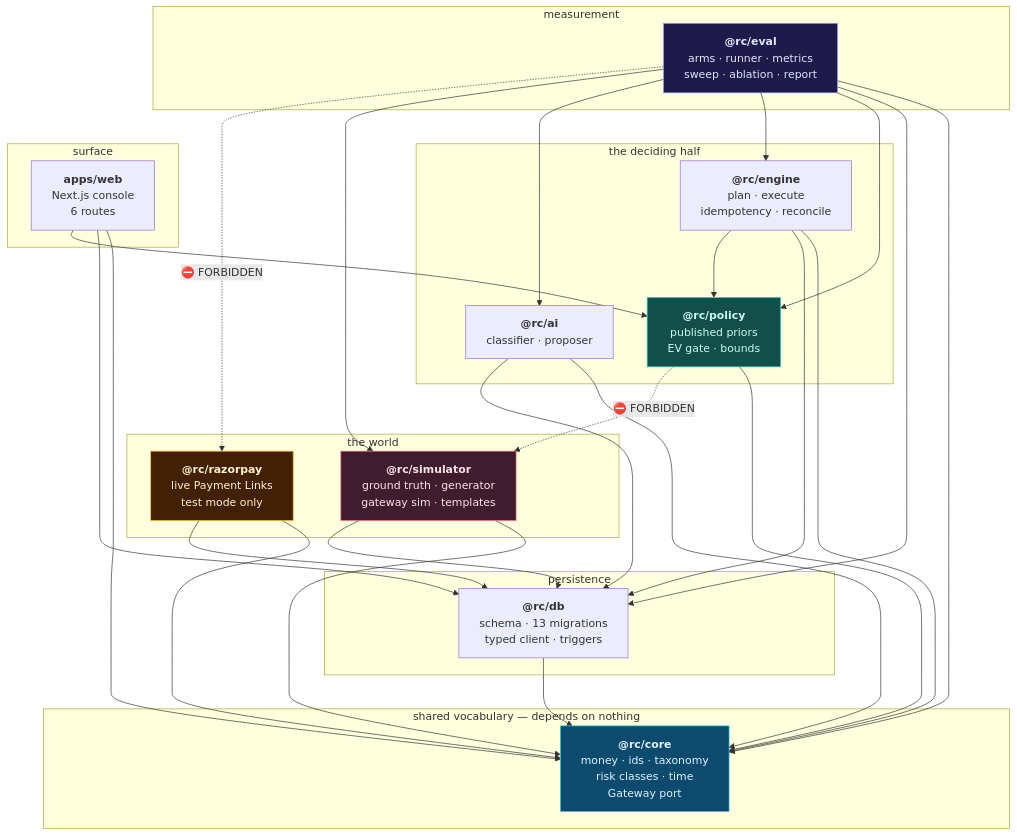
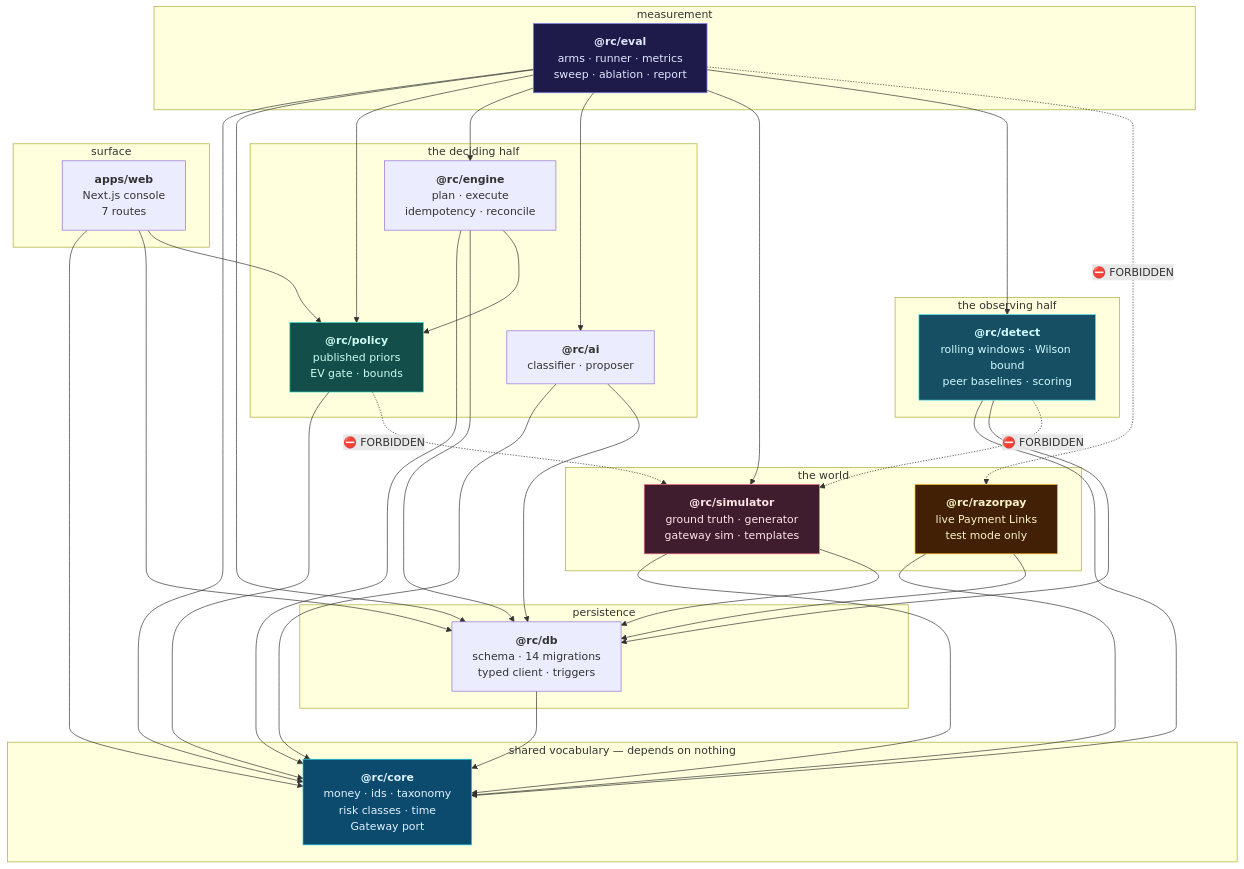
Before and after one commit to Ankit27-09/Wapsi: the second of 15 diagrams in ARCHITECTURE.md, drawn with Mermaid. The commit also changed other lines of this file and 2 other files, not shown here.

````diff
--- a/ARCHITECTURE.md
+++ b/ARCHITECTURE.md
@@ -74,47 +114,54 @@
 ```mermaid
 flowchart TD
     subgraph shared["shared vocabulary — depends on nothing"]
         CORE["<b>@rc/core</b><br/>money · ids · taxonomy<br/>risk classes · time<br/>Gateway port"]
     end
 
     subgraph persistence["persistence"]
-        DB["<b>@rc/db</b><br/>schema · 13 migrations<br/>typed client · triggers"]
+        DB["<b>@rc/db</b><br/>schema · 14 migrations<br/>typed client · triggers"]
+    end
+
+    subgraph observe["the observing half"]
+        DETECT["<b>@rc/detect</b><br/>rolling windows · Wilson bound<br/>peer baselines · scoring"]
     end
 
     subgraph decide["the deciding half"]
         POLICY["<b>@rc/policy</b><br/>published priors<br/>EV gate · bounds"]
         ENGINE["<b>@rc/engine</b><br/>plan · execute<br/>idempotency · reconcile"]
         AI["<b>@rc/ai</b><br/>classifier · proposer"]
     end
 
     subgraph world["the world"]
         SIM["<b>@rc/simulator</b><br/>ground truth · generator<br/>gateway sim · templates"]
         RZP["<b>@rc/razorpay</b><br/>live Payment Links<br/>test mode only"]
     end
 
     subgraph measure["measurement"]
         EVAL["<b>@rc/eval</b><br/>arms · runner · metrics<br/>sweep · ablation · report"]
     end
 
     subgraph surface["surface"]
-        WEB["<b>apps/web</b><br/>Next.js console<br/>6 routes"]
+        WEB["<b>apps/web</b><br/>Next.js console<br/>7 routes"]
     end
 
     DB --> CORE
     POLICY --> CORE
     AI --> CORE & DB
     SIM --> CORE & DB
     RZP --> CORE & DB
+    DETECT --> CORE & DB
     ENGINE --> CORE & DB & POLICY
-    EVAL --> CORE & DB & POLICY & ENGINE & AI & SIM
+    EVAL --> CORE & DB & POLICY & ENGINE & AI & SIM & DETECT
     WEB --> CORE & DB & POLICY
 
     POLICY -.->|"⛔ FORBIDDEN"| SIM
+    DETECT -.->|"⛔ FORBIDDEN"| SIM
     EVAL -.->|"⛔ FORBIDDEN"| RZP
 
     style CORE fill:#0c4a6e,stroke:#22d3ee,color:#e0f2fe
     style POLICY fill:#134e4a,stroke:#2dd4bf,color:#ccfbf1
     style SIM fill:#3f1d2e,stroke:#fb7185,color:#ffe4e6
     style RZP fill:#422006,stroke:#fbbf24,color:#fef3c7
+    style DETECT fill:#164e63,stroke:#67e8f9,color:#cffafe
     style EVAL fill:#1e1b4b,stroke:#818cf8,color:#e0e7ff
 ```
````
